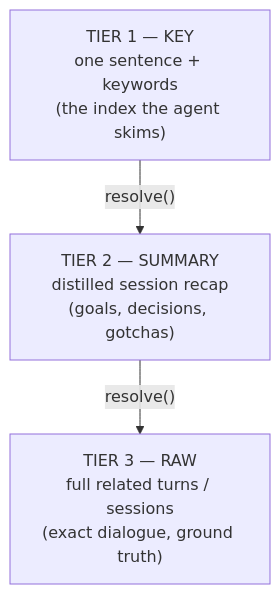
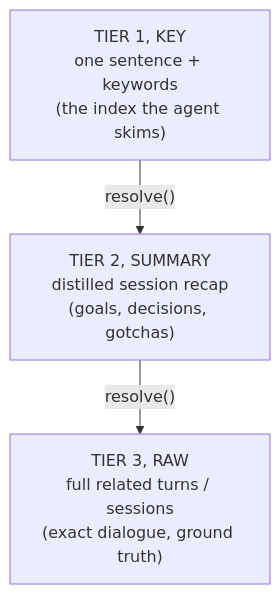
One commit to legioncodeinc/honeycomb changed the diagram in library/knowledge/private/ai/three-tier-memory-strategy.md. Above: the diagram before and after it, drawn with Mermaid. The commit also changed other lines of this file and 24 other files, not shown here.

````diff
--- a/library/knowledge/private/ai/three-tier-memory-strategy.md
+++ b/library/knowledge/private/ai/three-tier-memory-strategy.md
@@ -58,8 +60,8 @@
 ```mermaid
 flowchart TD
-    K["TIER 1 — KEY<br/>one sentence + keywords<br/>(the index the agent skims)"]
-    S["TIER 2 — SUMMARY<br/>distilled session recap<br/>(goals, decisions, gotchas)"]
-    R["TIER 3 — RAW<br/>full related turns / sessions<br/>(exact dialogue, ground truth)"]
+    K["TIER 1, KEY<br/>one sentence + keywords<br/>(the index the agent skims)"]
+    S["TIER 2, SUMMARY<br/>distilled session recap<br/>(goals, decisions, gotchas)"]
+    R["TIER 3, RAW<br/>full related turns / sessions<br/>(exact dialogue, ground truth)"]
     K -->|"resolve()"| S
     S -->|"resolve()"| R
 ```
````
